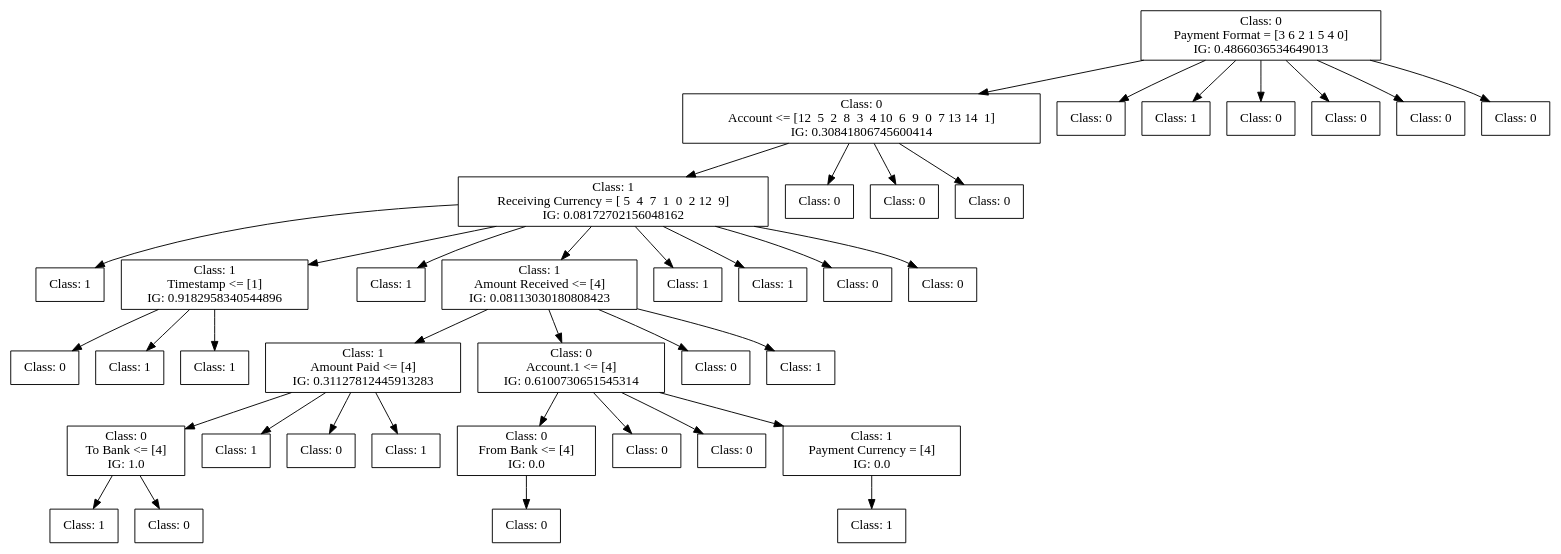
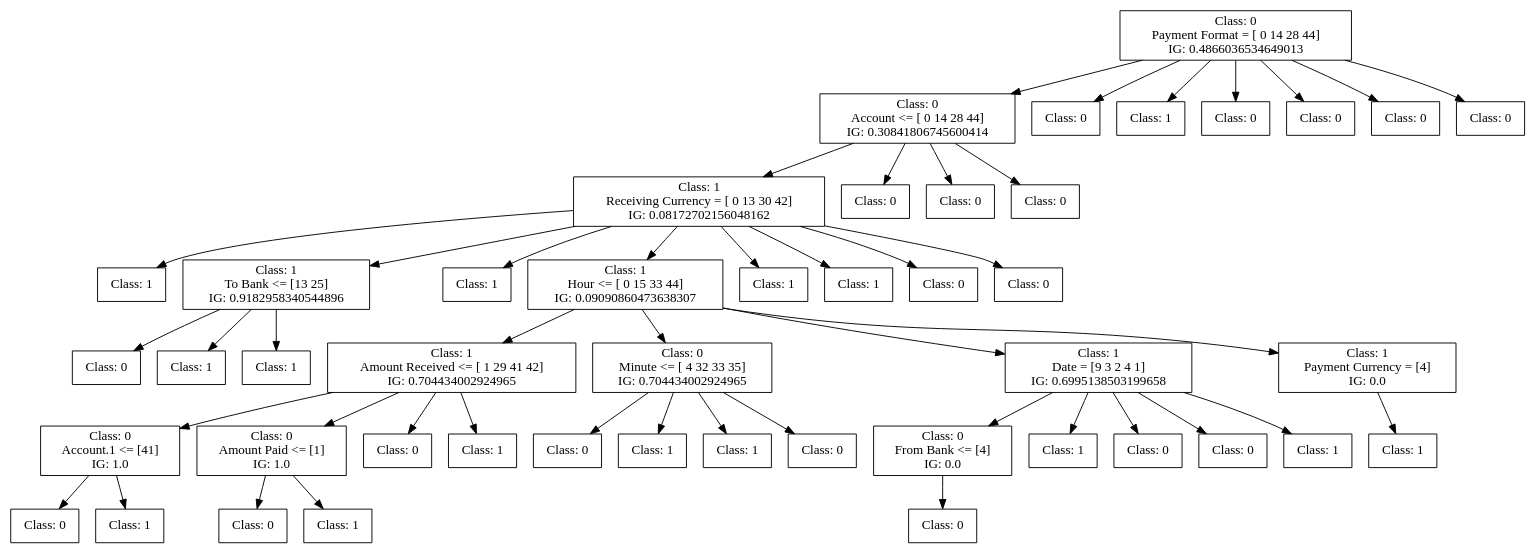
The diagram in dot_figs/tree-id3-undersampling-4.dot (FedericoBruzzone/anti-money-laundering), drawn with Graphviz before and after one commit. The commit also changed 28 other files, not shown here.

```diff
--- a/dot_figs/tree-id3-undersampling-4.dot
+++ b/dot_figs/tree-id3-undersampling-4.dot
@@ -1,130 +1,153 @@
 digraph DecisionTree {
 	rankdir=TD;
 	node [shape=box];
-	2336868472752 [label="Class: 0
-Payment Format = [3 6 2 1 5 4 0]
+	1901316561632 [label="Class: 0
+Payment Format = [ 0 14 28 44]
 IG: 0.4866036534649013"];
-	2338458466912 [label="Class: 0
-Account <= [12  5  2  8  3  4 10  6  9  0  7 13 14  1]
+	1901687492608 [label="Class: 0
+Account <= [ 0 14 28 44]
 IG: 0.30841806745600414"];
-	2336868472752 -> 2338458466912;
-	2337536747280 [label="Class: 1
-Receiving Currency = [ 5  4  7  1  0  2 12  9]
+	1901316561632 -> 1901687492608;
+	1901687496928 [label="Class: 1
+Receiving Currency = [ 0 13 30 42]
 IG: 0.08172702156048162"];
-	2338458466912 -> 2337536747280;
-	2337506084272 [label="Class: 1
+	1901687492608 -> 1901687496928;
+	1901687489776 [label="Class: 1
 "];
-	2337536747280 -> 2337506084272;
-	2337506092528 [label="Class: 1
-Timestamp <= [1]
+	1901687496928 -> 1901687489776;
+	1901687497216 [label="Class: 1
+To Bank <= [13 25]
 IG: 0.9182958340544896"];
-	2337536747280 -> 2337506092528;
-	2337506096992 [label="Class: 0
+	1901687496928 -> 1901687497216;
+	1901687497984 [label="Class: 0
 "];
-	2337506092528 -> 2337506096992;
-	2337506092768 [label="Class: 1
+	1901687497216 -> 1901687497984;
+	1901687498176 [label="Class: 1
 "];
-	2337506092528 -> 2337506092768;
-	2337506093200 [label="Class: 1
+	1901687497216 -> 1901687498176;
+	1901687490352 [label="Class: 1
 "];
-	2337506092528 -> 2337506093200;
-	2337506091856 [label="Class: 1
+	1901687497216 -> 1901687490352;
+	1901687490880 [label="Class: 1
 "];
-	2337536747280 -> 2337506091856;
-	2337506090560 [label="Class: 1
-Amount Received <= [4]
-IG: 0.08113030180808423"];
-	2337536747280 -> 2337506090560;
-	2337506090704 [label="Class: 1
-Amount Paid <= [4]
-IG: 0.31127812445913283"];
-	2337506090560 -> 2337506090704;
-	2336869717648 [label="Class: 0
-To Bank <= [4]
+	1901687496928 -> 1901687490880;
+	1901687492704 [label="Class: 1
+Hour <= [ 0 15 33 44]
+IG: 0.09090860473638307"];
+	1901687496928 -> 1901687492704;
+	1901687499040 [label="Class: 1
+Amount Received <= [ 1 29 41 42]
+IG: 0.704434002924965"];
+	1901687492704 -> 1901687499040;
+	1901687499856 [label="Class: 0
+Account.1 <= [41]
 IG: 1.0"];
-	2337506090704 -> 2336869717648;
-	2336869723456 [label="Class: 1
+	1901687499040 -> 1901687499856;
+	1901687500192 [label="Class: 0
 "];
-	2336869717648 -> 2336869723456;
-	2336869722544 [label="Class: 0
+	1901687499856 -> 1901687500192;
+	1901687500624 [label="Class: 1
 "];
-	2336869717648 -> 2336869722544;
-	2336869720720 [label="Class: 1
+	1901687499856 -> 1901687500624;
+	1901687499280 [label="Class: 0
+Amount Paid <= [1]
+IG: 1.0"];
+	1901687499040 -> 1901687499280;
+	1901687500912 [label="Class: 0
 "];
-	2337506090704 -> 2336869720720;
-	2336869716640 [label="Class: 0
+	1901687499280 -> 1901687500912;
+	1901687501344 [label="Class: 1
 "];
-	2337506090704 -> 2336869716640;
-	2336869721392 [label="Class: 1
+	1901687499280 -> 1901687501344;
+	1901687495584 [label="Class: 0
 "];
-	2337506090704 -> 2336869721392;
-	2337506096512 [label="Class: 0
-Account.1 <= [4]
-IG: 0.6100730651545314"];
-	2337506090560 -> 2337506096512;
-	2336869724032 [label="Class: 0
+	1901687499040 -> 1901687495584;
+	1901687488768 [label="Class: 1
+"];
+	1901687499040 -> 1901687488768;
+	1901687498464 [label="Class: 0
+Minute <= [ 4 32 33 35]
+IG: 0.704434002924965"];
+	1901687492704 -> 1901687498464;
+	1901687502112 [label="Class: 0
+"];
+	1901687498464 -> 1901687502112;
+	1901687501536 [label="Class: 1
+"];
+	1901687498464 -> 1901687501536;
+	1901687500816 [label="Class: 1
+"];
+	1901687498464 -> 1901687500816;
+	1901687497744 [label="Class: 0
+"];
+	1901687498464 -> 1901687497744;
+	1901687497456 [label="Class: 1
+Date = [9 3 2 4 1]
+IG: 0.6995138503199658"];
+	1901687492704 -> 1901687497456;
+	1901687502256 [label="Class: 0
 From Bank <= [4]
 IG: 0.0"];
-	2337506096512 -> 2336869724032;
-	2336869725760 [label="Class: 0
+	1901687497456 -> 1901687502256;
+	1901687502736 [label="Class: 0
 "];
-	2336869724032 -> 2336869725760;
-	2336869727536 [label="Class: 0
+	1901687502256 -> 1901687502736;
+	1901687501440 [label="Class: 1
 "];
-	2337506096512 -> 2336869727536;
-	2336869725664 [label="Class: 0
+	1901687497456 -> 1901687501440;
+	1901687490064 [label="Class: 0
 "];
-	2337506096512 -> 2336869725664;
-	2336869727200 [label="Class: 1
+	1901687497456 -> 1901687490064;
+	1901687498752 [label="Class: 0
+"];
+	1901687497456 -> 1901687498752;
+	1901687501296 [label="Class: 1
+"];
+	1901687497456 -> 1901687501296;
+	1901687489248 [label="Class: 1
 Payment Currency = [4]
 IG: 0.0"];
-	2337506096512 -> 2336869727200;
-	2336869724320 [label="Class: 1
+	1901687492704 -> 1901687489248;
+	1901687493424 [label="Class: 1
 "];
-	2336869727200 -> 2336869724320;
-	2337506097904 [label="Class: 0
+	1901687489248 -> 1901687493424;
+	1901687496016 [label="Class: 1
 "];
-	2337506090560 -> 2337506097904;
-	2337506084656 [label="Class: 1
+	1901687496928 -> 1901687496016;
+	1901687489536 [label="Class: 1
 "];
-	2337506090560 -> 2337506084656;
-	2337506091664 [label="Class: 1
+	1901687496928 -> 1901687489536;
+	1901687493376 [label="Class: 0
 "];
-	2337536747280 -> 2337506091664;
-	2337506089888 [label="Class: 1
+	1901687496928 -> 1901687493376;
+	1901687496112 [label="Class: 0
 "];
-	2337536747280 -> 2337506089888;
-	2337506092672 [label="Class: 0
+	1901687496928 -> 1901687496112;
+	1901687491888 [label="Class: 0
 "];
-	2337536747280 -> 2337506092672;
-	2337506091136 [label="Class: 0
+	1901687492608 -> 1901687491888;
+	1901687495488 [label="Class: 0
 "];
-	2337536747280 -> 2337506091136;
-	2337536753376 [label="Class: 0
+	1901687492608 -> 1901687495488;
+	1901687489872 [label="Class: 0
 "];
-	2338458466912 -> 2337536753376;
-	2337536749488 [label="Class: 0
+	1901687492608 -> 1901687489872;
+	1901687490640 [label="Class: 0
 "];
-	2338458466912 -> 2337536749488;
-	2337536749392 [label="Class: 0
+	1901316561632 -> 1901687490640;
+	1901687491216 [label="Class: 1
 "];
-	2338458466912 -> 2337536749392;
-	2336580366832 [label="Class: 0
+	1901316561632 -> 1901687491216;
+	1901687493664 [label="Class: 0
 "];
-	2336868472752 -> 2336580366832;
-	2336580367024 [label="Class: 1
+	1901316561632 -> 1901687493664;
+	1901687493184 [label="Class: 0
 "];
-	2336868472752 -> 2336580367024;
-	2336580358864 [label="Class: 0
+	1901316561632 -> 1901687493184;
+	1901687489056 [label="Class: 0
 "];
-	2336868472752 -> 2336580358864;
-	2338458825104 [label="Class: 0
+	1901316561632 -> 1901687489056;
+	1901687495920 [label="Class: 0
 "];
-	2336868472752 -> 2338458825104;
-	2338458818096 [label="Class: 0
-"];
-	2336868472752 -> 2338458818096;
-	2338458826832 [label="Class: 0
-"];
-	2336868472752 -> 2338458826832;
+	1901316561632 -> 1901687495920;
 }
```
